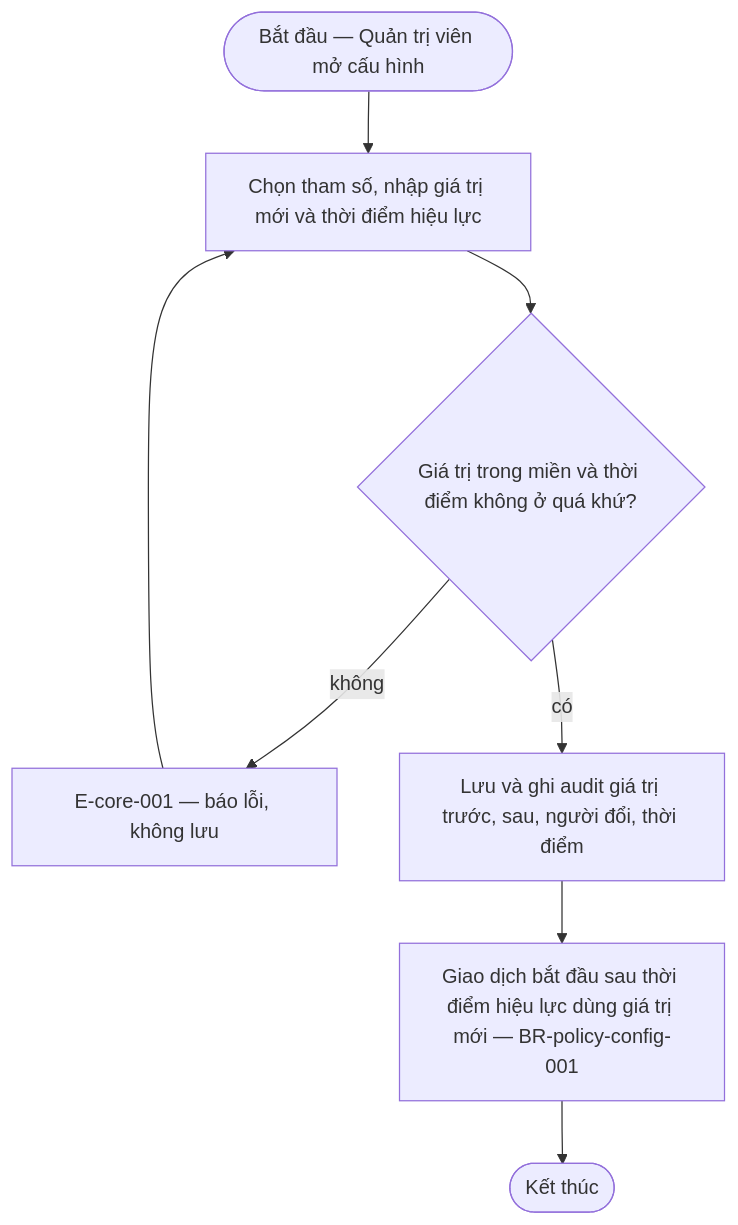
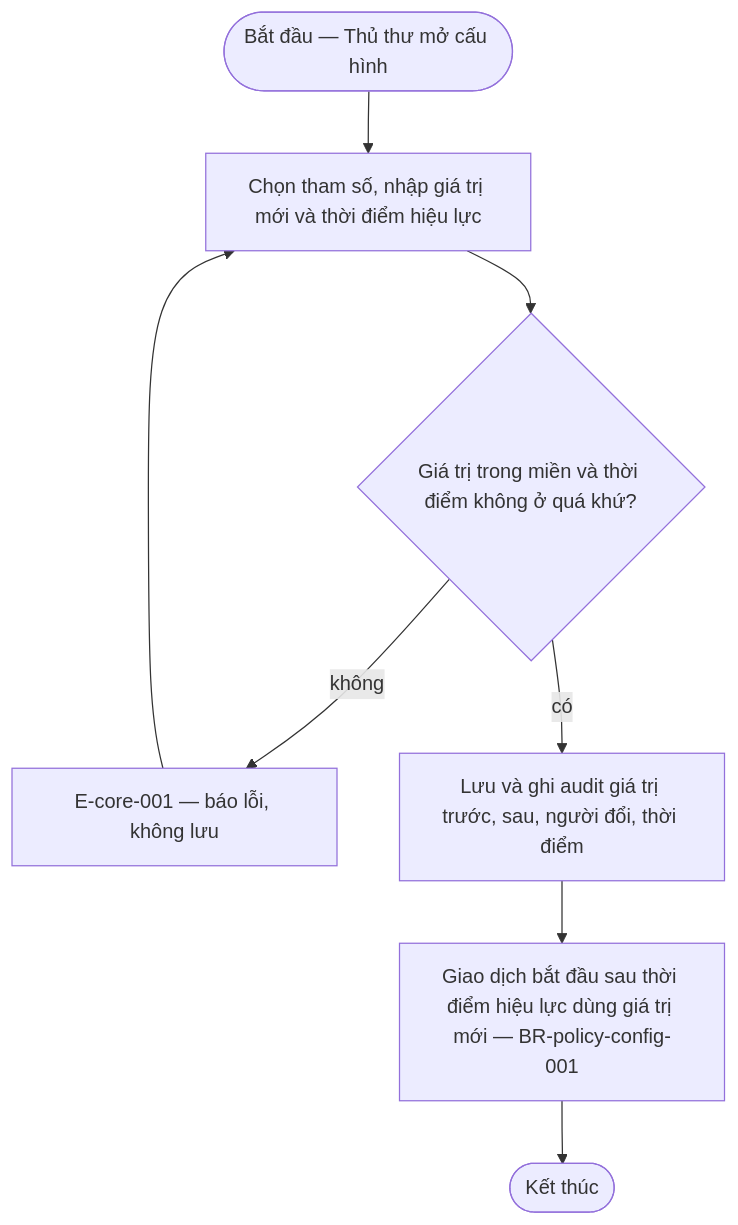
One commit to DatTran26/quanlythuvien changed the diagram in docs/features/policy-config/srs/policy-config-flows.md. Above: the diagram before and after it, drawn with Mermaid. The commit also changed other lines of this file and 250 other files, not shown here.

````diff
--- a/docs/features/policy-config/srs/policy-config-flows.md
+++ b/docs/features/policy-config/srs/policy-config-flows.md
@@ -13,10 +13,10 @@
 ```mermaid
 flowchart TD
-    Start(["Bắt đầu — Quản trị viên mở cấu hình"]) --> Pick["Chọn tham số, nhập giá trị mới và thời điểm hiệu lực"]
+    Start(["Bắt đầu — Thủ thư mở cấu hình"]) --> Pick["Chọn tham số, nhập giá trị mới và thời điểm hiệu lực"]
     Pick --> Valid{"Giá trị trong miền và thời điểm không ở quá khứ?"}
     Valid -->|"không"| Err["E-core-001 — báo lỗi, không lưu"]
     Err --> Pick
     Valid -->|"có"| Save["Lưu và ghi audit giá trị trước, sau, người đổi, thời điểm"]
     Save --> Apply["Giao dịch bắt đầu sau thời điểm hiệu lực dùng giá trị mới — BR-policy-config-001"]
     Apply --> End(["Kết thúc"])
 ```
````
